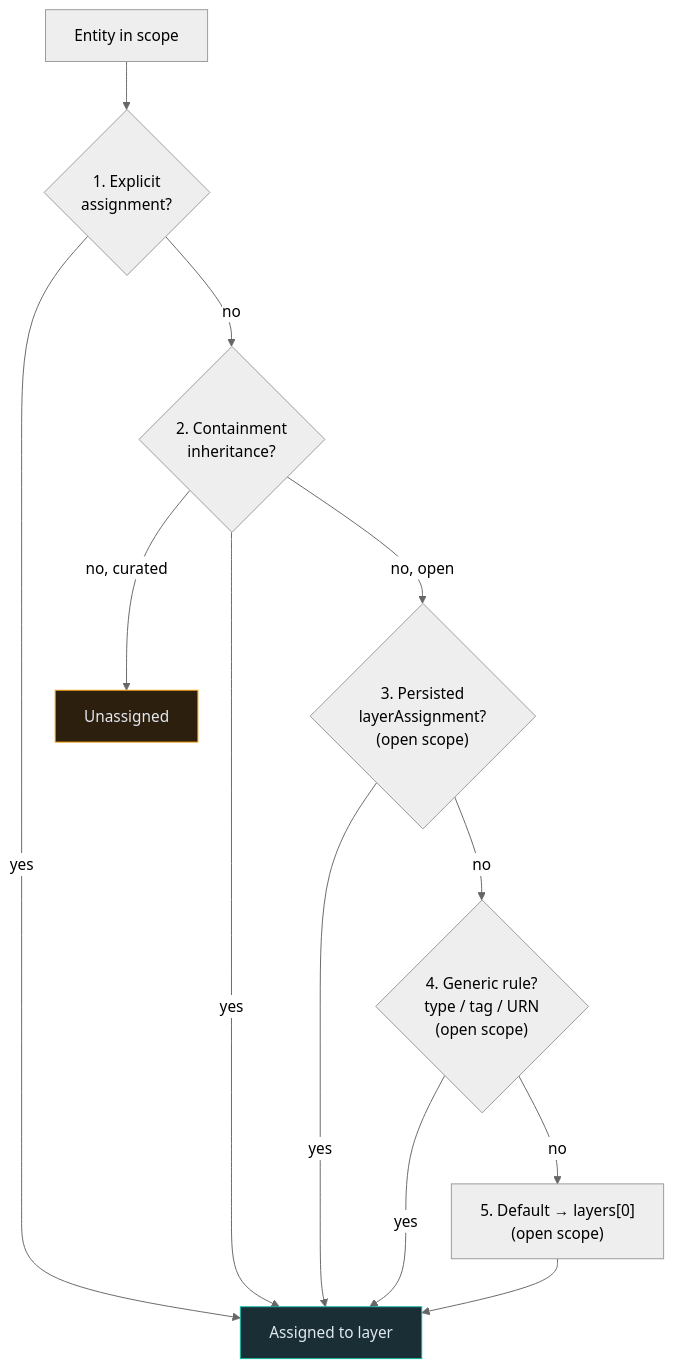
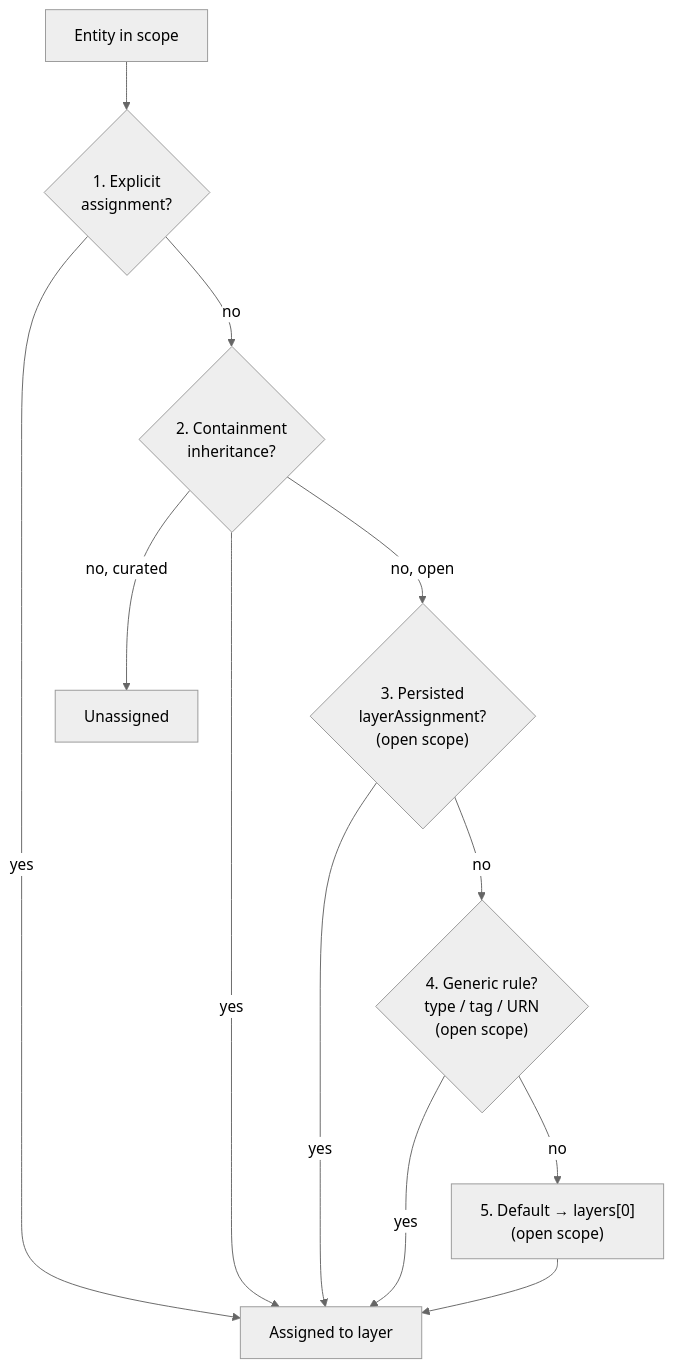
One commit to rkrumins/dataviz changed the diagram in docs/services/ASSIGNMENTS.md. Above: the diagram before and after it, drawn with Mermaid (neutral theme). The commit also changed 46 other files, not shown here.

````diff
--- a/docs/services/ASSIGNMENTS.md
+++ b/docs/services/ASSIGNMENTS.md
@@ -50,25 +50,23 @@
 ```mermaid
 flowchart TD
     E["Entity in scope"]
     T1{"1. Explicit<br/>assignment?"}
     T2{"2. Containment<br/>inheritance?"}
     T3{"3. Persisted<br/>layerAssignment?<br/>(open scope)"}
     T4{"4. Generic rule?<br/>type / tag / URN<br/>(open scope)"}
     T5["5. Default → layers[0]<br/>(open scope)"]
     U["Unassigned"]
     A["Assigned to layer"]
 
     E --> T1
     T1 -->|yes| A
     T1 -->|no| T2
     T2 -->|yes| A
     T2 -->|no, curated| U
     T2 -->|no, open| T3
     T3 -->|yes| A
     T3 -->|no| T4
     T4 -->|yes| A
     T4 -->|no| T5 --> A
 
-    style A fill:#1a2e35,stroke:#14b8a6,color:#e2e8f0
-    style U fill:#2d1f0e,stroke:#f59e0b,color:#e2e8f0
 ```
````
